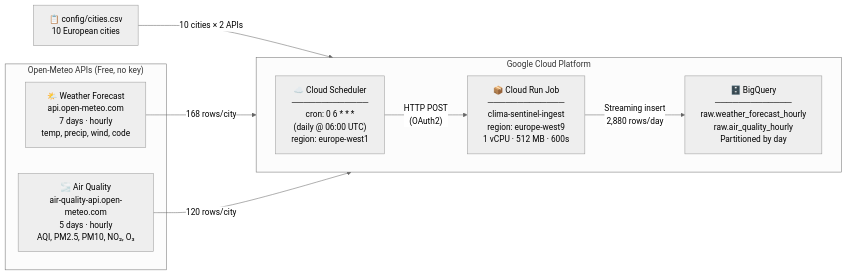
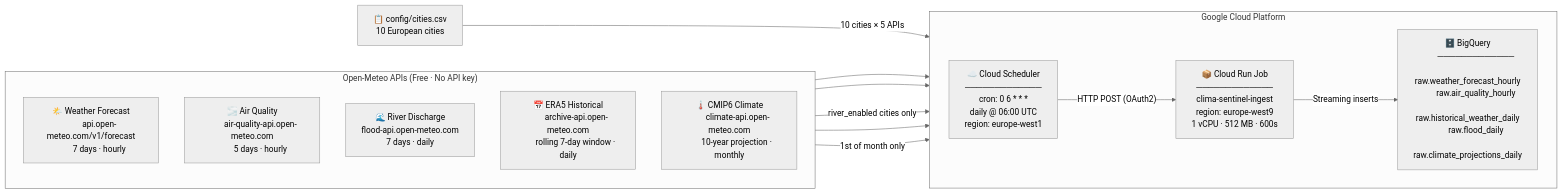
Before and after one commit to Selim-Abouleila/ClimaSentinel: the diagram in README.md, drawn with Mermaid (neutral theme). The commit also changed other lines of this file, not shown here.

Commit message:
docs: update README with full architecture diagram, 5 data sources, BQ datasets, and city list

````diff
--- a/README.md
+++ b/README.md
@@ -36,23 +39,61 @@
 ```mermaid
 flowchart LR
     subgraph GCP["Google Cloud Platform"]
         direction LR
-        SCH["☁️ Cloud Scheduler\n─────────────\ncron: 0 6 * * *\n(daily @ 06:00 UTC)\nregion: europe-west1"]
-        CRJ["📦 Cloud Run Job\n─────────────\nclima-sentinel-ingest\nregion: europe-west9\n1 vCPU · 512 MB · 600s"]
-        BQ["🗄️ BigQuery\n─────────────\nraw.weather_forecast_hourly\nraw.air_quality_hourly\nPartitioned by day"]
+        SCH["☁️ Cloud Scheduler
+        ─────────────
+        cron: 0 6 * * *
+        daily @ 06:00 UTC
+        region: europe-west1"]
 
-        SCH -->|"HTTP POST\n(OAuth2)"| CRJ
-        CRJ -->|"Streaming insert\n2,880 rows/day"| BQ
+        CRJ["📦 Cloud Run Job
+        ─────────────
+        clima-sentinel-ingest
+        region: europe-west9
+        1 vCPU · 512 MB · 600s"]
+
+        BQ["🗄️ BigQuery
+        ─────────────
+        raw.weather_forecast_hourly
+        raw.air_quality_hourly
+        raw.historical_weather_daily
+        raw.flood_daily
+        raw.climate_projections_daily"]
+
+        SCH -->|"HTTP POST (OAuth2)"| CRJ
+        CRJ -->|"Streaming inserts"| BQ
     end
 
-    subgraph APIs["Open-Meteo APIs (Free, no key)"]
-        W["🌤️ Weather Forecast\napi.open-meteo.com\n7 days · hourly\ntemp, precip, wind, code"]
-        A["🌫️ Air Quality\nair-quality-api.open-meteo.com\n5 days · hourly\nAQI, PM2.5, PM10, NO₂, O₃"]
+    subgraph APIs["Open-Meteo APIs (Free · No API key)"]
+        direction TB
+        W["🌤️ Weather Forecast
+        api.open-meteo.com/v1/forecast
+        7 days · hourly"]
+
+        AQ["🌫️ Air Quality
+        air-quality-api.open-meteo.com
+        5 days · hourly"]
+
+        FL["🌊 River Discharge
+        flood-api.open-meteo.com
+        7 days · daily"]
+
+        HW["📅 ERA5 Historical
+        archive-api.open-meteo.com
+        rolling 7-day window · daily"]
+
+        CP["🌡️ CMIP6 Climate
+        climate-api.open-meteo.com
+        10-year projection · monthly"]
     end
 
-    CITIES["📋 config/cities.csv\n10 European cities"]
+    CITIES["📋 config/cities.csv
+    10 European cities"]
 
-    CITIES -->|"10 cities × 2 APIs"| CRJ
-    W -->|"168 rows/city"| CRJ
-    A -->|"120 rows/city"| CRJ
+    CITIES -->|"10 cities × 5 APIs"| CRJ
+    W  --> CRJ
+    AQ --> CRJ
+    FL -->|"river_enabled cities only"| CRJ
+    HW --> CRJ
+    CP -->|"1st of month only"| CRJ
 ```
````
